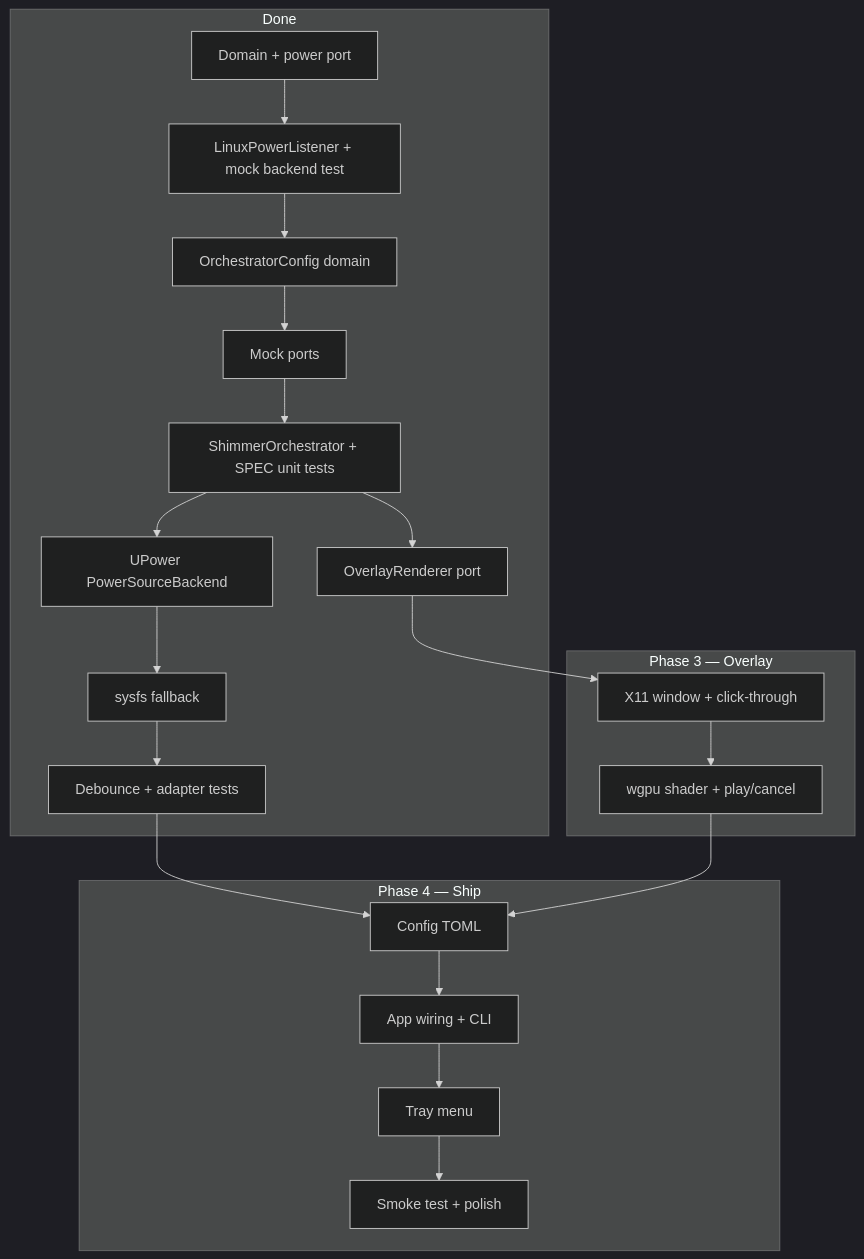
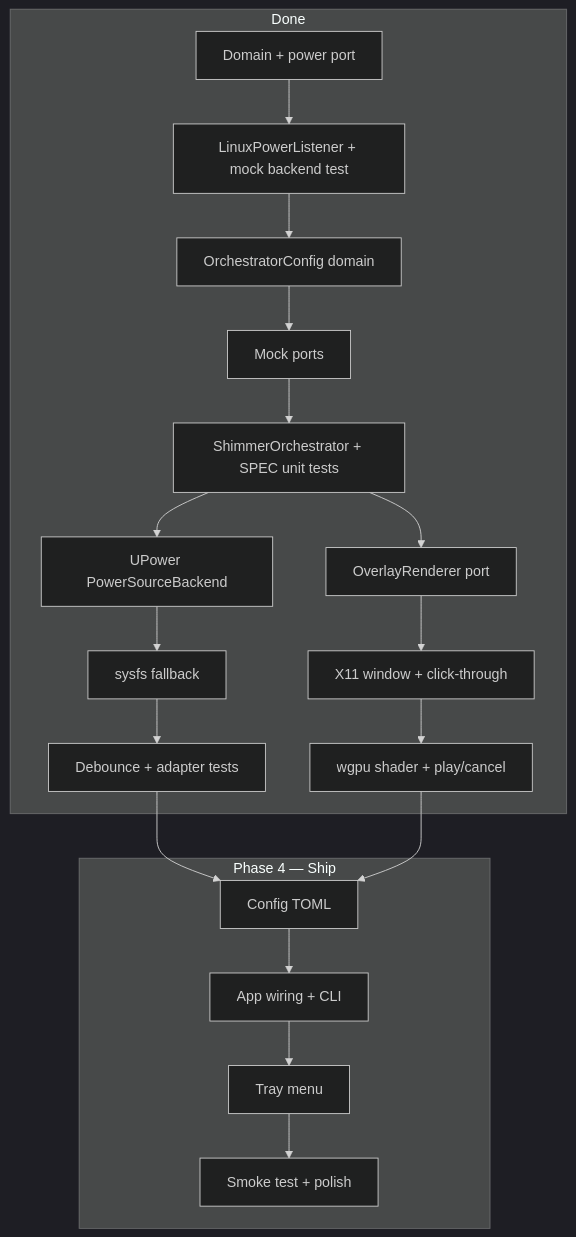
Before and after one commit to CraigKnoblauch/power-shimmer: the diagram in ROADMAP.md, drawn with Mermaid (dark theme). The commit also changed other lines of this file and 11 other files, not shown here.

````diff
--- a/ROADMAP.md
+++ b/ROADMAP.md
@@ -53,30 +55,28 @@
 ```mermaid
 flowchart TD
     subgraph done [Done]
         A[Domain + power port]
         B[LinuxPowerListener + mock backend test]
         C[OrchestratorConfig domain]
         D[Mock ports]
         I[OverlayRenderer port]
         E[ShimmerOrchestrator + SPEC unit tests]
         F[UPower PowerSourceBackend]
         G[sysfs fallback]
         H[Debounce + adapter tests]
-    end
-    subgraph p3 [Phase 3 — Overlay]
         J[X11 window + click-through]
         K[wgpu shader + play/cancel]
     end
     subgraph p4 [Phase 4 — Ship]
         L[Config TOML]
         M[App wiring + CLI]
         N[Tray menu]
         O[Smoke test + polish]
     end
     A --> B --> C --> D --> E
     E --> F --> G --> H
     E --> I --> J --> K
     H --> L
     K --> L
     L --> M --> N --> O
 ```
````
